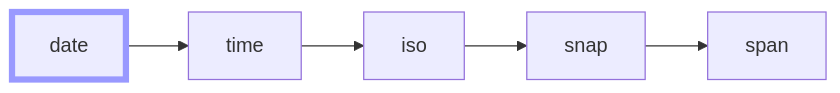
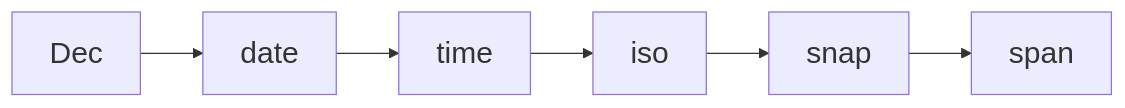
The fourth of 4 diagrams in dec/date/index.qmd (maptv/maptv.github.io), drawn with Mermaid before and after one commit. The commit also changed other lines of this file and 7 other files, not shown here.

Commit message:
Changed files: asset/dark.scss asset/light.scss asset/style.html dec/date/index.html dec/date/index.qmd dec/date/index_files/figure-commonmark/mermaid-figure-1.png dec/date/index_files/figure-commonmark/mermaid-figure-2.png dec/date/index_files/figure-commonmark/mermaid-figure-4.png

````diff
--- a/dec/date/index.qmd
+++ b/dec/date/index.qmd
@@ -407,11 +530,11 @@
 ```{mermaid}
-%%| label: navchart
+%%{init: {'theme': 'default', 'themeVariables': { 'fontSize': '24px'}}}%%
 flowchart LR
-   B[date]-->C[time]-->D[iso]-->E[snap]-->F[span]
+   A[Dec]-->B[date]-->C[time]-->D[iso]-->E[snap]-->F[span]
+   click A "/dec"
    click B "/dec/date"
    click C "/dec/time"
    click D "/dec/iso"
    click E "/dec/snap"
    click F "/dec/span"
-   style B stroke:#99f,stroke-width:5px
 ```
````
